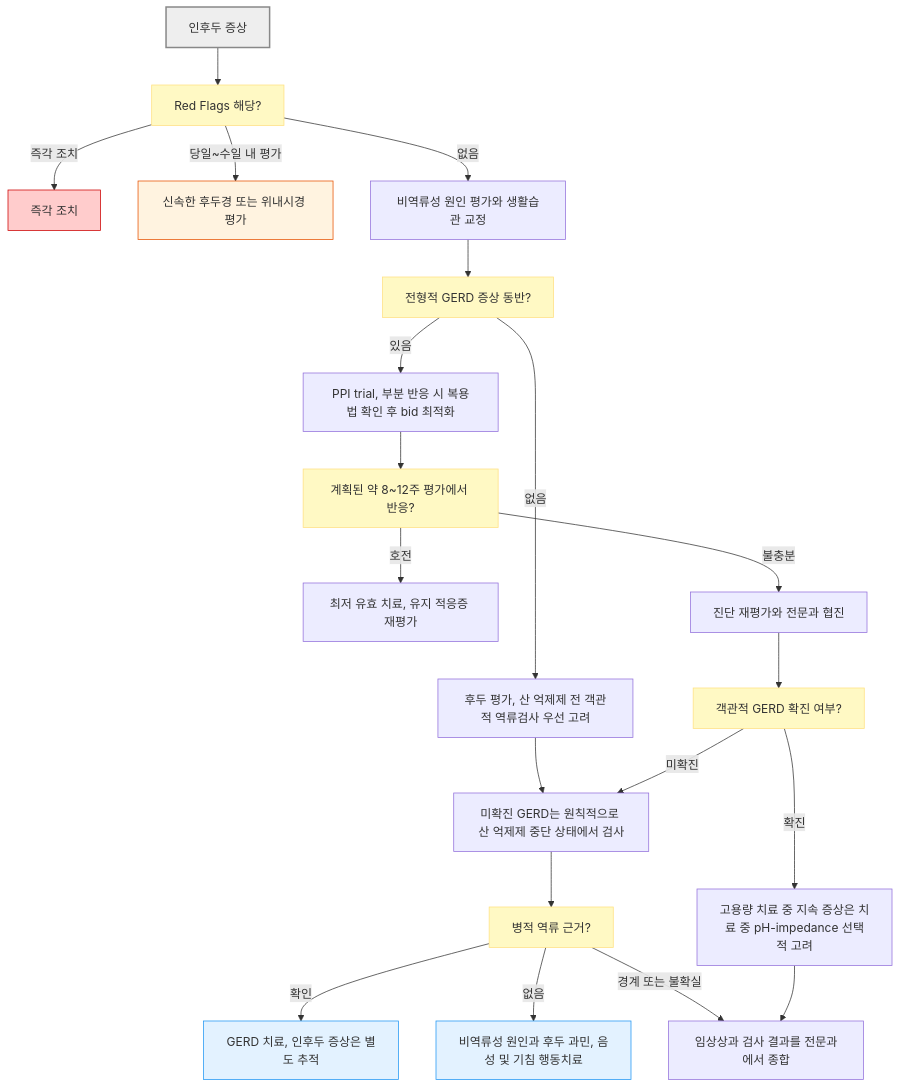
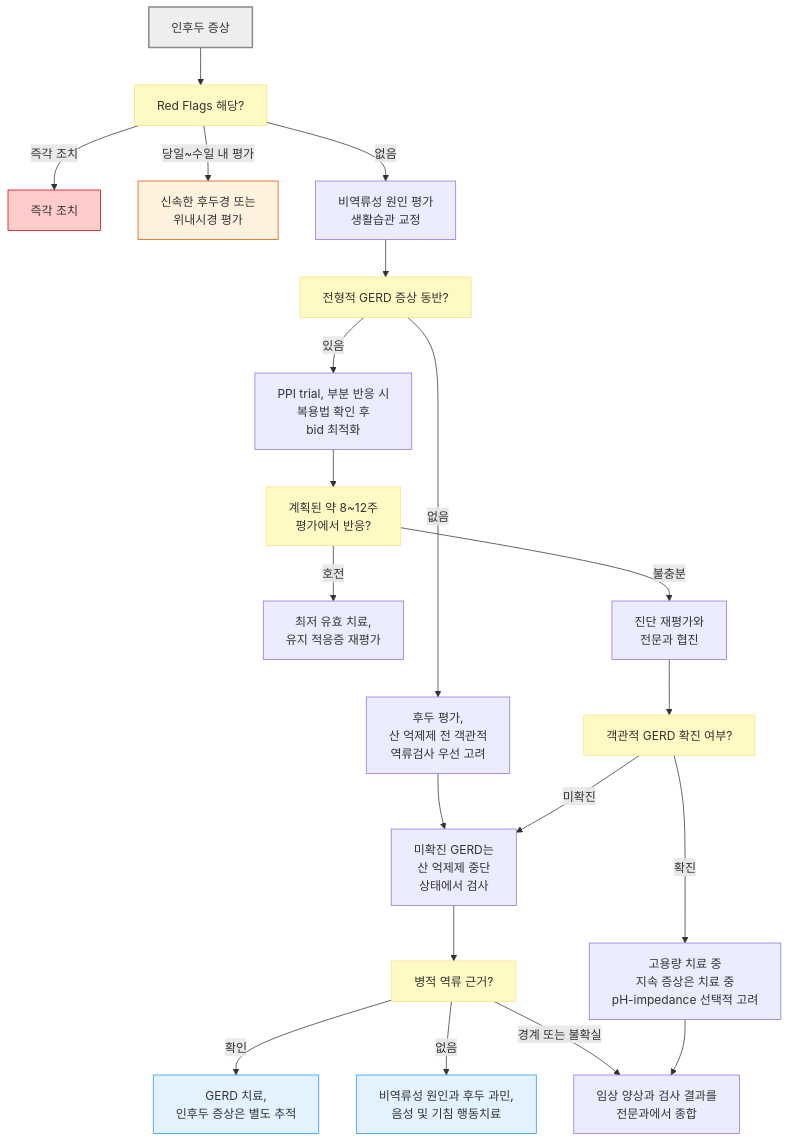
One commit to familyoh77/familyoh77 changed the diagram in 223_/062_-laryngopharyngeal-reflux.md. Above: the diagram before and after it, drawn with Mermaid. The commit also changed other lines of this file and 1 other file, not shown here.

````diff
--- a/223_/062_-laryngopharyngeal-reflux.md
+++ b/223_/062_-laryngopharyngeal-reflux.md
@@ -110,32 +129,29 @@
 ```mermaid
 graph TD
     A["인후두 증상"] --> B["Red Flags 해당?"]
     B -->|즉각 조치| C["즉각 조치"]
-    B -->|당일~수일 내 평가| D["신속한 후두경 또는 위내시경 평가"]
-    B -->|없음| E["비역류성 원인 평가와 생활습관 교정"]
+    B -->|당일~수일 내 평가| D["신속한 후두경 또는 <br/>위내시경 평가"]
+    B -->|없음| E["비역류성 원인 평가 <br/>생활습관 교정"]
     E --> F["전형적 GERD 증상 동반?"]
-    F -->|있음| G["PPI trial, 부분 반응 시 복용법 확인 후 bid 최적화"]
-    G --> H["계획된 약 8~12주 평가에서 반응?"]
-    H -->|호전| I["최저 유효 치료, 유지 적응증 재평가"]
-    H -->|불충분| J["진단 재평가와 전문과 협진"]
-    F -->|없음| K["후두 평가, 산 억제제 전 객관적 역류검사 우선 고려"]
-    K --> L["미확진 GERD는 원칙적으로 산 억제제 중단 상태에서 검사"]
+    F -->|있음| G["PPI trial, 부분 반응 시 <br/>복용법 확인 후 <br/>bid 최적화"]
+    G --> H["계획된 약 8~12주 <br/>평가에서 반응?"]
+    H -->|호전| I["최저 유효 치료, <br/>유지 적응증 재평가"]
+    H -->|불충분| J["진단 재평가와 <br/>전문과 협진"]
+    F -->|없음| K["후두 평가, <br/>산 억제제 전 객관적 <br/>역류검사 우선 고려"]
+    K --> L["미확진 GERD는 <br/>산 억제제 중단 <br/>상태에서 검사"]
     J --> R["객관적 GERD 확진 여부?"]
     R -->|미확진| L
-    R -->|확진| Q["고용량 치료 중 지속 증상은 치료 중 pH-impedance 선택적 고려"]
+    R -->|확진| Q["고용량 치료 중 <br/>지속 증상은 치료 중 <br/>pH-impedance 선택적 고려"]
     L --> M["병적 역류 근거?"]
-    M -->|확인| N["GERD 치료, 인후두 증상은 별도 추적"]
-    M -->|없음| O["비역류성 원인과 후두 과민, 음성 및 기침 행동치료"]
-    M -->|경계 또는 불확실| P["임상상과 검사 결과를 전문과에서 종합"]
+    M -->|확인| N["GERD 치료, <br/>인후두 증상은 별도 추적"]
+    M -->|없음| O["비역류성 원인과 후두 과민, <br/>음성 및 기침 행동치료"]
+    M -->|경계 또는 불확실| P["임상 양상과 검사 결과를 <br/>전문과에서 종합"]
     Q --> P
     style A fill:#eeeeee,stroke:#888888,stroke-width:2px
-    style B fill:#fff9c4,stroke:#ffe082
-    style F fill:#fff9c4,stroke:#ffe082
-    style H fill:#fff9c4,stroke:#ffe082
-    style R fill:#fff9c4,stroke:#ffe082
-    style M fill:#fff9c4,stroke:#ffe082
+    classDef y fill:#fff9c4,stroke:#ffe082
+    class B,F,H,R,M y
     style C fill:#ffcccc,stroke:#cc0000
     style D fill:#fff3e0,stroke:#e65100
     style N fill:#e3f2ff,stroke:#2196f3
     style O fill:#e3f2ff,stroke:#2196f3
 ```
````
